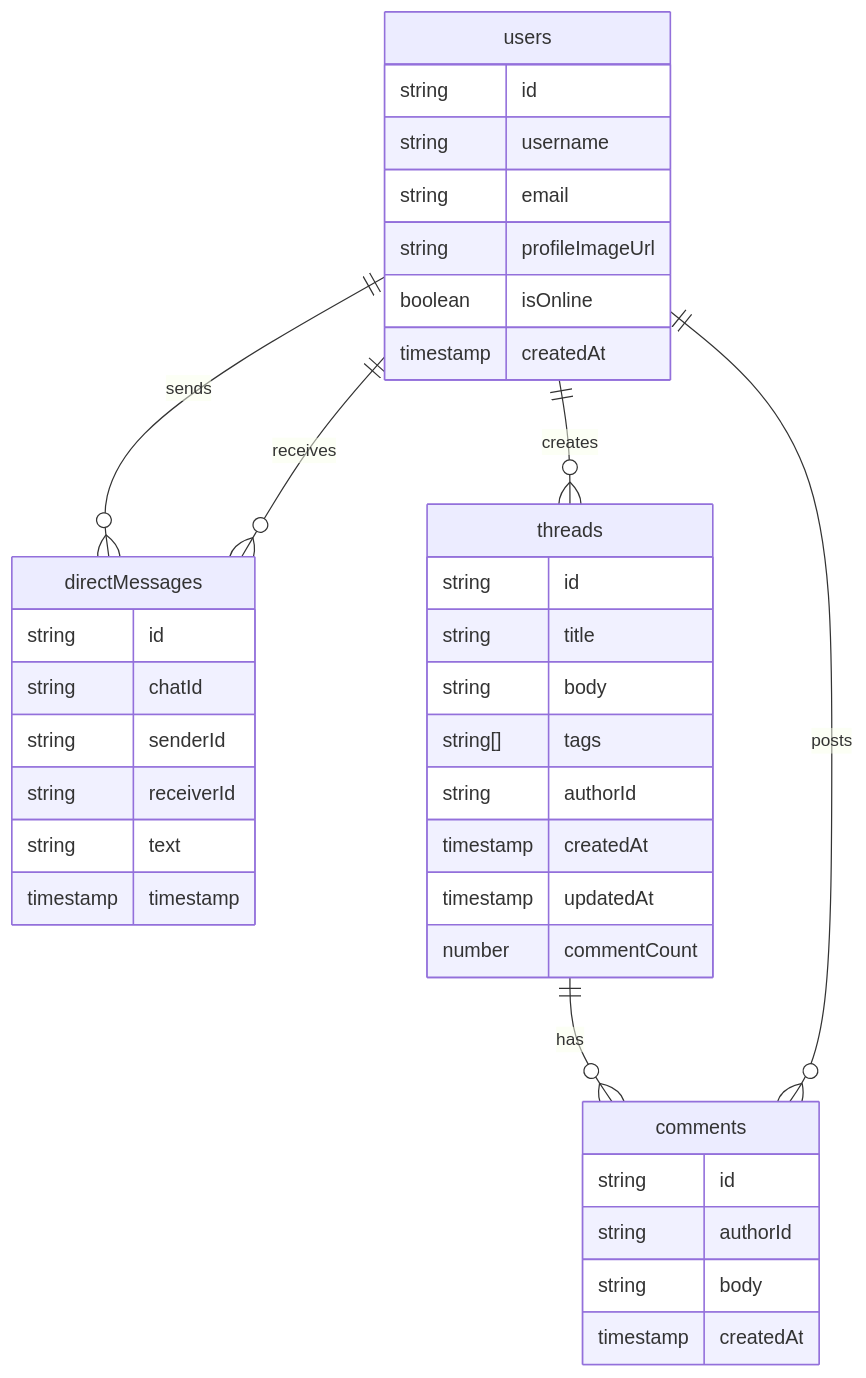
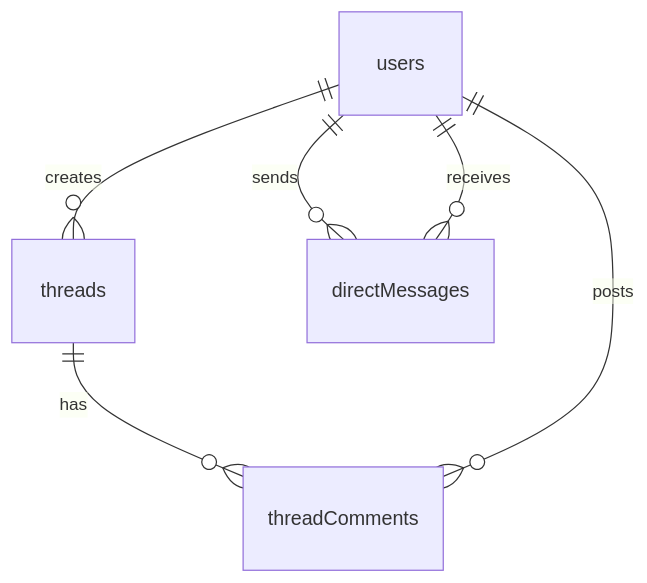
The diagram in docs/db/firestore.md (ohikouta/vue-chat), drawn with Mermaid before and after one commit. The commit also changed other lines of this file and 5 other files, not shown here.

````diff
--- a/docs/db/firestore.md
+++ b/docs/db/firestore.md
@@ -94,44 +45,8 @@
 ```mermaid
 erDiagram
-    users ||--o{ directMessages : "sends"
-    users ||--o{ directMessages : "receives"
-    users ||--o{ threads : "creates"
-    threads ||--o{ comments : "has"
-    users ||--o{ comments : "posts"
-
-    users {
-        string id
-        string username
-        string email
-        string profileImageUrl
-        boolean isOnline
-        timestamp createdAt
-    }
-
-    directMessages {
-        string id
-        string chatId
-        string senderId
-        string receiverId
-        string text
-        timestamp timestamp
-    }
-
-    threads {
-        string id
-        string title
-        string body
-        string[] tags
-        string authorId
-        timestamp createdAt
-        timestamp updatedAt
-        number commentCount
-    }
-
-    comments {
-        string id
-        string authorId
-        string body
-        timestamp createdAt
-    }
+users ||--o{ threads : creates
+users ||--o{ directMessages : sends
+users ||--o{ directMessages : receives
+threads ||--o{ threadComments : has
+users ||--o{ threadComments : posts
 ```
````
